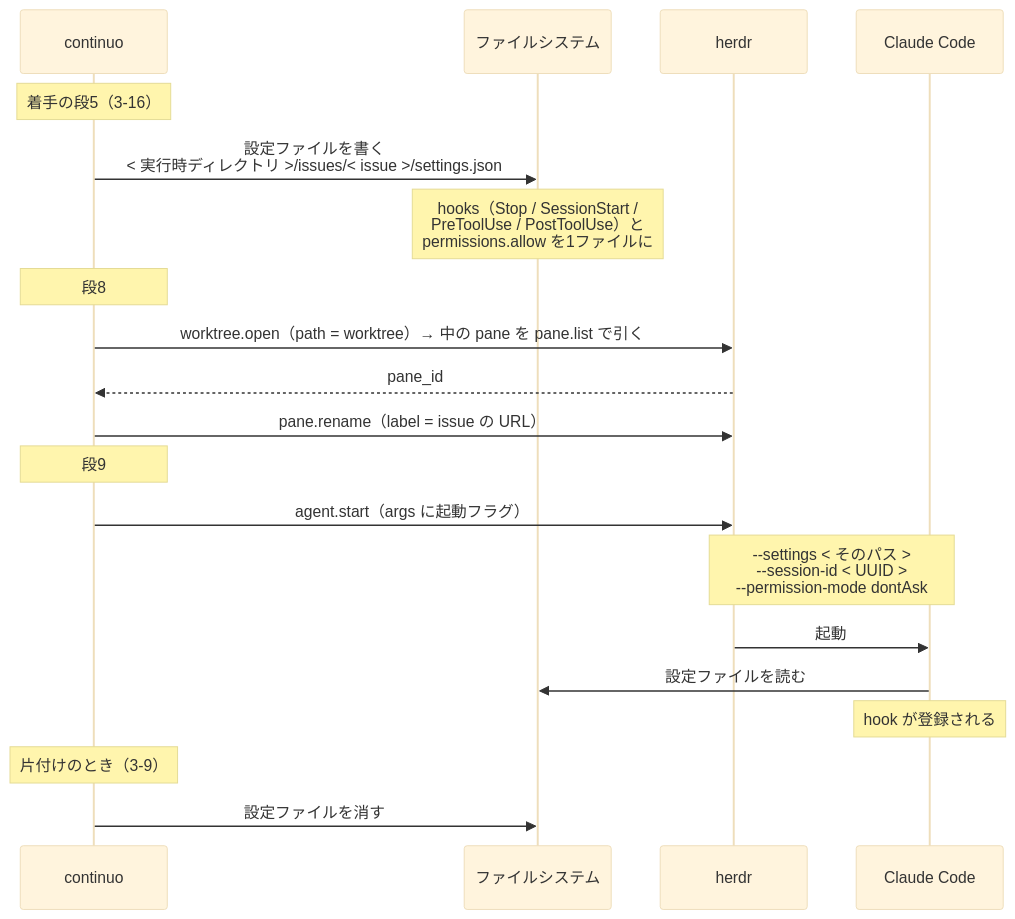
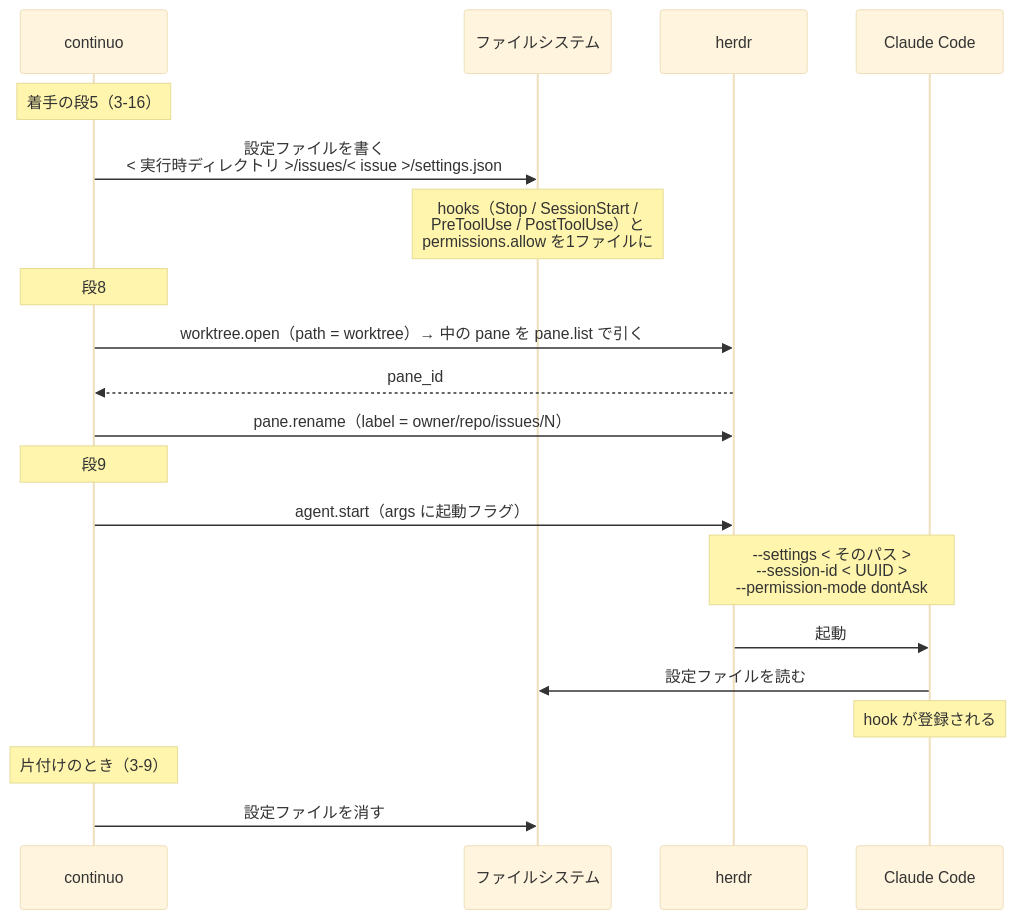
One commit to maimuzo/continuo changed the fourth of 6 diagrams in docs/plans/continuo_design.md. Above: the diagram before and after it, drawn with Mermaid (base theme). The commit also changed other lines of this file and 30 other files, not shown here.

First line of the commit message:
pane と workspace の label を owner/repo/issues/N にする 組み立てを共有ヘルパへ寄せる

````diff
--- a/docs/plans/continuo_design.md
+++ b/docs/plans/continuo_design.md
@@ -1492,26 +1508,26 @@
 ```mermaid
 sequenceDiagram
     participant ORC as continuo
     participant FS as ファイルシステム
     participant HERDR as herdr
     participant CC as Claude Code
 
     Note over ORC: 着手の段5（3-16）
     ORC->>FS: 設定ファイルを書く<br/>< 実行時ディレクトリ >/issues/< issue >/settings.json
     Note over FS: hooks（Stop / SessionStart /<br/>PreToolUse / PostToolUse）と<br/>permissions.allow を1ファイルに
 
     Note over ORC: 段8
     ORC->>HERDR: worktree.open（path = worktree）→ 中の pane を pane.list で引く
     HERDR-->>ORC: pane_id
-    ORC->>HERDR: pane.rename（label = issue の URL）
+    ORC->>HERDR: pane.rename（label = owner/repo/issues/N）
 
     Note over ORC: 段9
     ORC->>HERDR: agent.start（args に起動フラグ）
     Note over HERDR,CC: --settings < そのパス ><br/>--session-id < UUID ><br/>--permission-mode dontAsk
     HERDR->>CC: 起動
     CC->>FS: 設定ファイルを読む
     Note over CC: hook が登録される
 
     Note over ORC: 片付けのとき（3-9）
     ORC->>FS: 設定ファイルを消す
 ```
````
